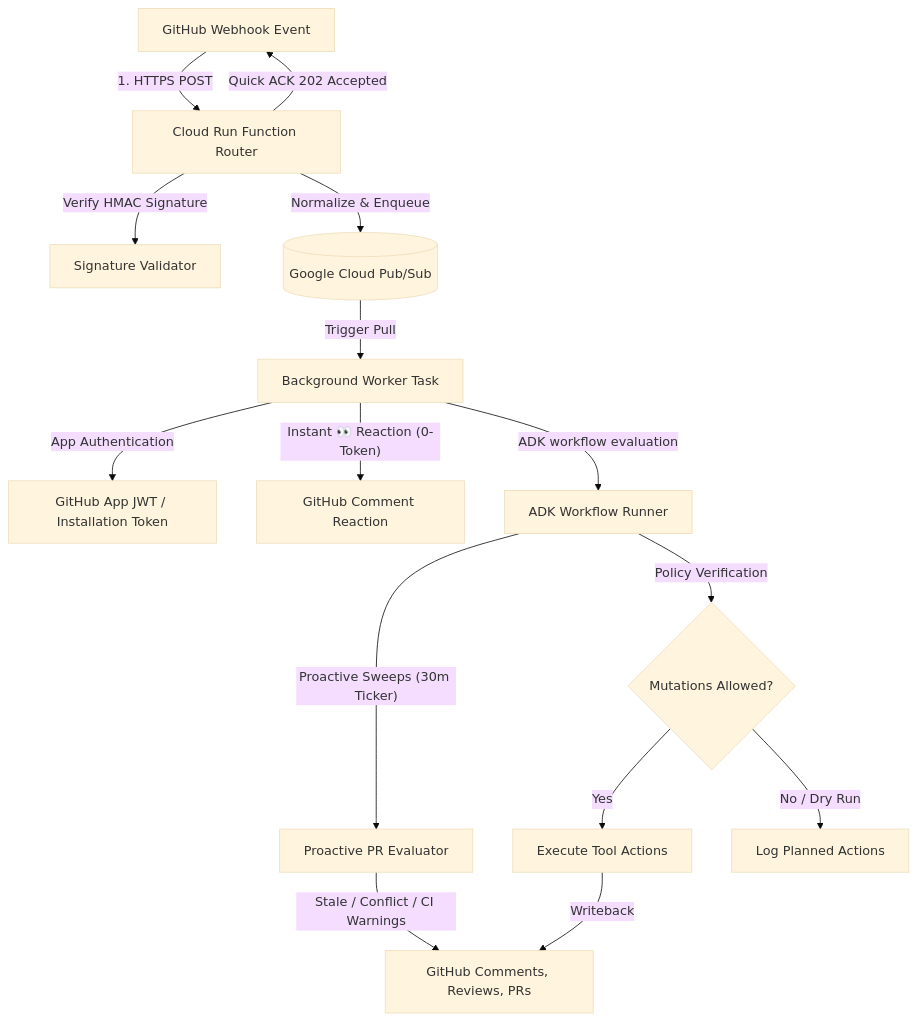
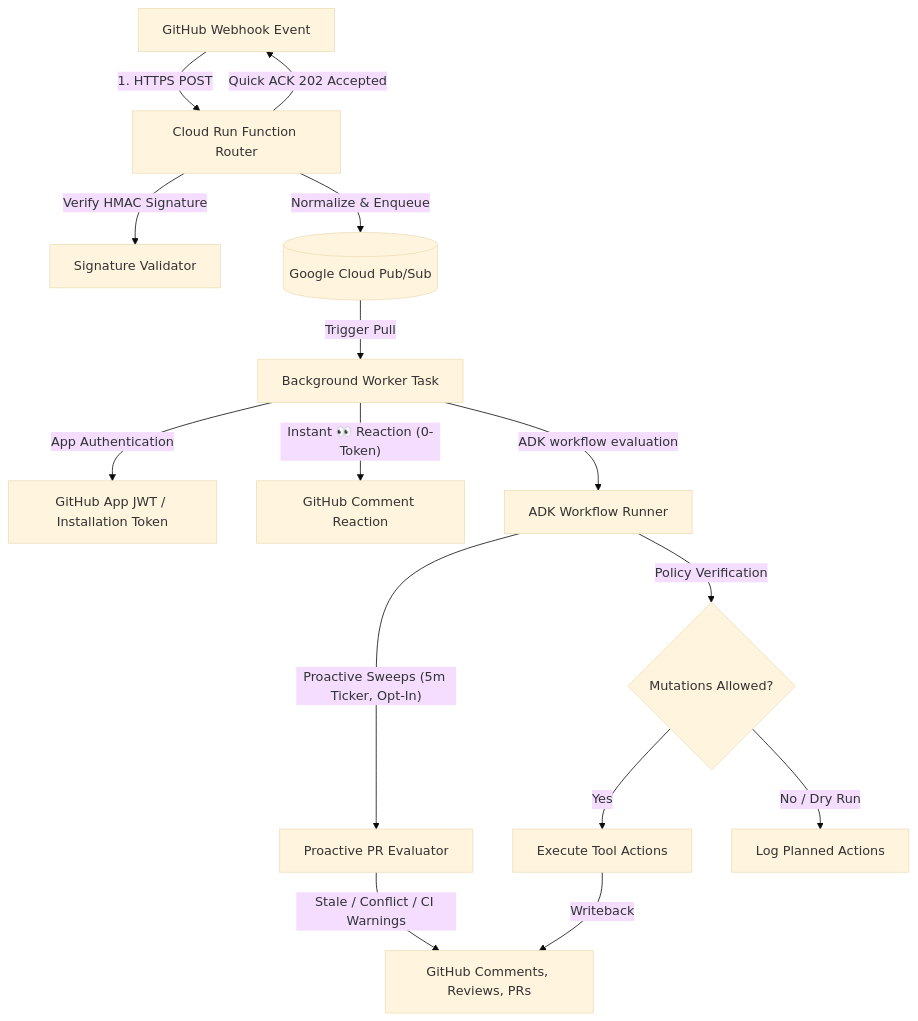
One commit to cgj8702-org/hannibal-hub-agents changed the diagram in README.md. Above: the diagram before and after it, drawn with Mermaid (base theme). The commit also changed other lines of this file and 2 other files, not shown here.

````diff
--- a/README.md
+++ b/README.md
@@ -11,20 +11,20 @@
 ```mermaid
 flowchart TD
     GH["GitHub Webhook Event"] -->|"1. HTTPS POST"| Router["Cloud Run Function Router"]
     Router -->|"Verify HMAC Signature"| Auth["Signature Validator"]
     Router -->|"Quick ACK 202 Accepted"| GH
     Router -->|"Normalize & Enqueue"| Queue[("Google Cloud Pub/Sub")]
     
     Queue -->|"Trigger Pull"| Worker["Background Worker Task"]
     Worker -->|"App Authentication"| Creds["GitHub App JWT / Installation Token"]
     Worker -->|"Instant 👀 Reaction (0-Token)"| GH_React["GitHub Comment Reaction"]
     Worker -->|"ADK workflow evaluation"| StateGraph["ADK Workflow Runner"]
-    StateGraph -->|"Proactive Sweeps (30m Ticker)"| Proactive["Proactive PR Evaluator"]
+    StateGraph -->|"Proactive Sweeps (5m Ticker, Opt-In)"| Proactive["Proactive PR Evaluator"]
     Proactive -->|"Stale / Conflict / CI Warnings"| GH_Write
     
     StateGraph -->|"Policy Verification"| Policy{"Mutations Allowed?"}
     Policy -->|"Yes"| Exec["Execute Tool Actions"]
     Policy -->|"No / Dry Run"| Log["Log Planned Actions"]
     
     Exec -->|"Writeback"| GH_Write["GitHub Comments, Reviews, PRs"]
 ```
````
